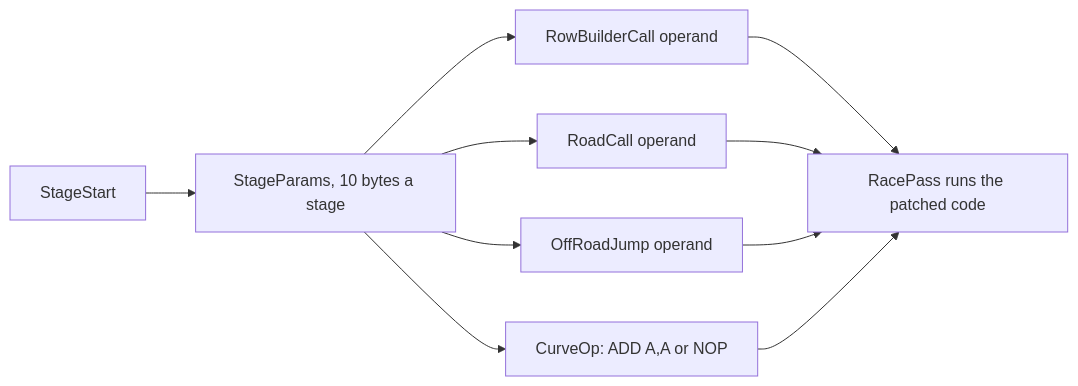
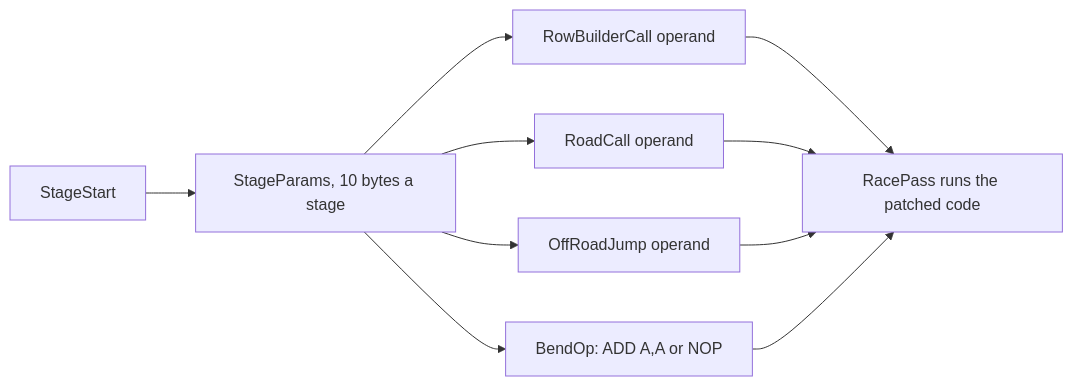
Before and after one commit to alfishe/unrealng-reverse-cases: diagram 14 of 14 in games/enduro-racer/docs/10-gameplay-logic.md, drawn with Mermaid. The commit also changed other lines of this file and 79 other files, not shown here.

````diff
--- a/games/enduro-racer/docs/10-gameplay-logic.md
+++ b/games/enduro-racer/docs/10-gameplay-logic.md
@@ -1584,12 +1589,12 @@
 ```mermaid
 flowchart LR
     A["StageStart"] --> B["StageParams, 10 bytes a stage"]
     B --> C["RowBuilderCall operand"]
     B --> D["RoadCall operand"]
     B --> E["OffRoadJump operand"]
-    B --> F["CurveOp: ADD A,A or NOP"]
+    B --> F["BendOp: ADD A,A or NOP"]
     C --> G["RacePass runs the patched code"]
     D --> G
     E --> G
     F --> G
 ```
````
